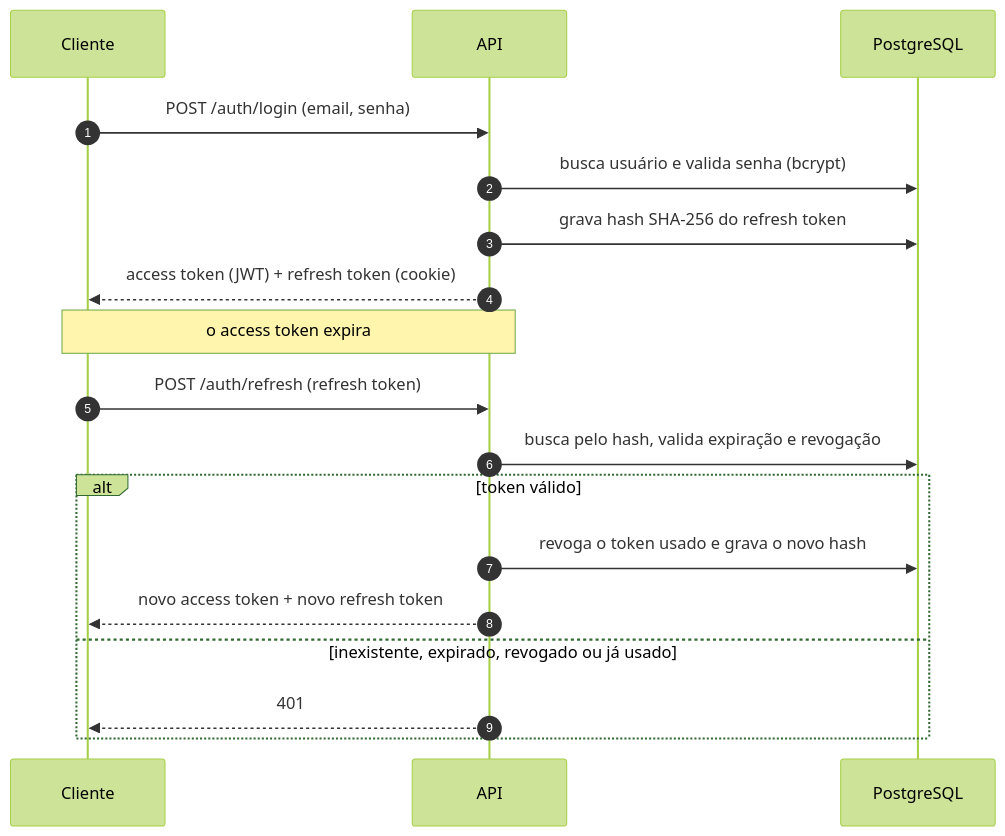
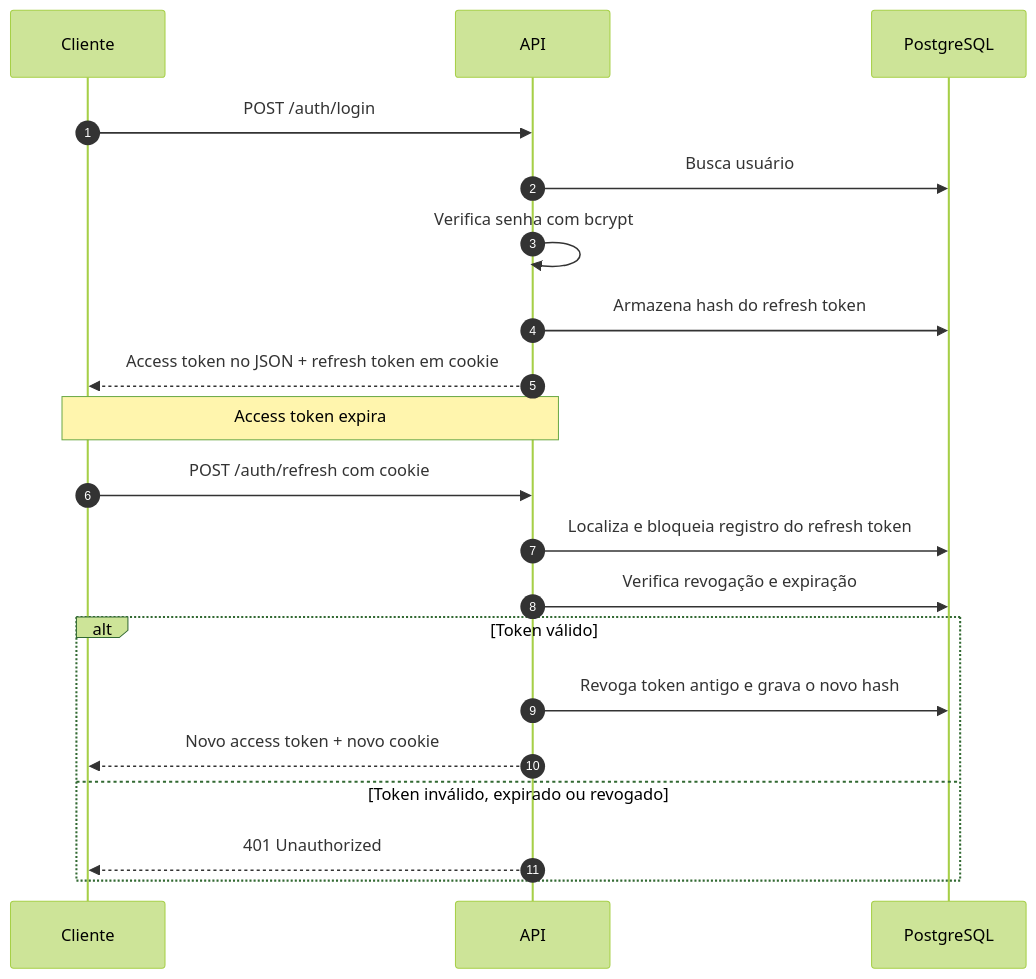
One commit to GustavoGuerato/workspace_auth changed the second of 3 diagrams in README.MD. Above: the diagram before and after it, drawn with Mermaid (forest theme). The commit also changed other lines of this file and 2 other files, not shown here.

````diff
--- a/README.MD
+++ b/README.MD
@@ -88,23 +96,25 @@
 ```mermaid
 sequenceDiagram
     autonumber
     participant C as Cliente
     participant A as API
     participant DB as PostgreSQL
 
-    C->>A: POST /auth/login (email, senha)
-    A->>DB: busca usuário e valida senha (bcrypt)
-    A->>DB: grava hash SHA-256 do refresh token
-    A-->>C: access token (JWT) + refresh token (cookie)
+    C->>A: POST /auth/login
+    A->>DB: Busca usuário
+    A->>A: Verifica senha com bcrypt
+    A->>DB: Armazena hash do refresh token
+    A-->>C: Access token no JSON + refresh token em cookie
 
-    Note over C,A: o access token expira
+    Note over C,A: Access token expira
 
-    C->>A: POST /auth/refresh (refresh token)
-    A->>DB: busca pelo hash, valida expiração e revogação
-    alt token válido
-        A->>DB: revoga o token usado e grava o novo hash
-        A-->>C: novo access token + novo refresh token
-    else inexistente, expirado, revogado ou já usado
-        A-->>C: 401
+    C->>A: POST /auth/refresh com cookie
+    A->>DB: Localiza e bloqueia registro do refresh token
+    A->>DB: Verifica revogação e expiração
+    alt Token válido
+        A->>DB: Revoga token antigo e grava o novo hash
+        A-->>C: Novo access token + novo cookie
+    else Token inválido, expirado ou revogado
+        A-->>C: 401 Unauthorized
     end
 ```
````
